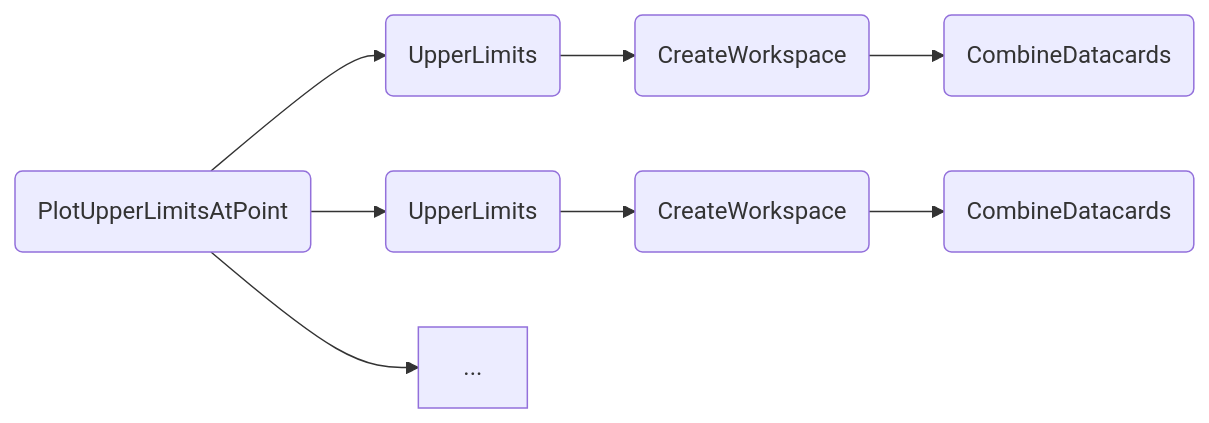
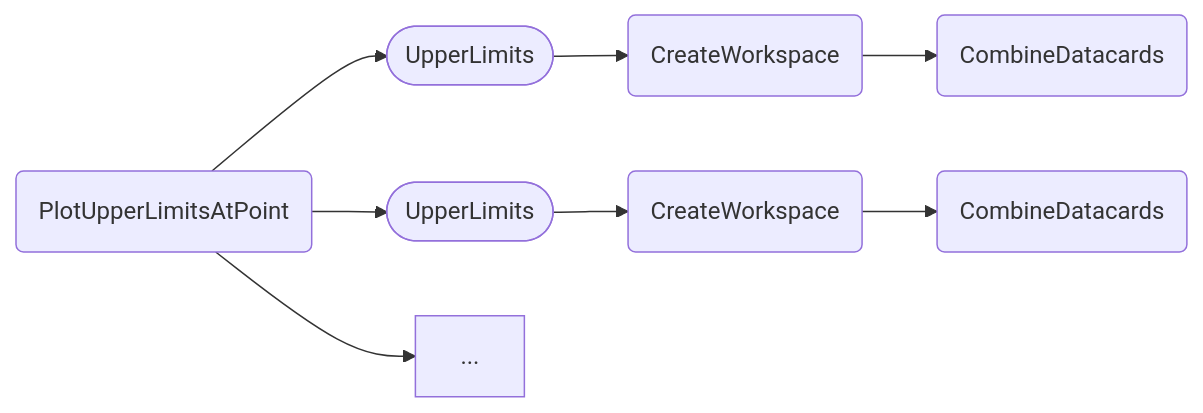
Before and after one commit to cms-hh/inference_tools: the third of 3 diagrams in docs/content/tasks/limits.md, drawn with Mermaid. The commit also changed other lines of this file and 6 other files, not shown here.

Commit message:
Mark workflows in docs dependency graphs.

````diff
--- a/docs/content/tasks/limits.md
+++ b/docs/content/tasks/limits.md
@@ -204,10 +208,10 @@
 ```mermaid
 graph LR;
-    A(PlotUpperLimitsAtPoint) --> B1(UpperLimits);
-    A --> B2(UpperLimits);
+    A(PlotUpperLimitsAtPoint) --> B1([UpperLimits]);
+    A --> B2([UpperLimits]);
     A --> ...;
     B1 --> C1(CreateWorkspace);
     B2 --> C2(CreateWorkspace);
     C1 --> D1(CombineDatacards);
     C2 --> D2(CombineDatacards);
 ```
````
